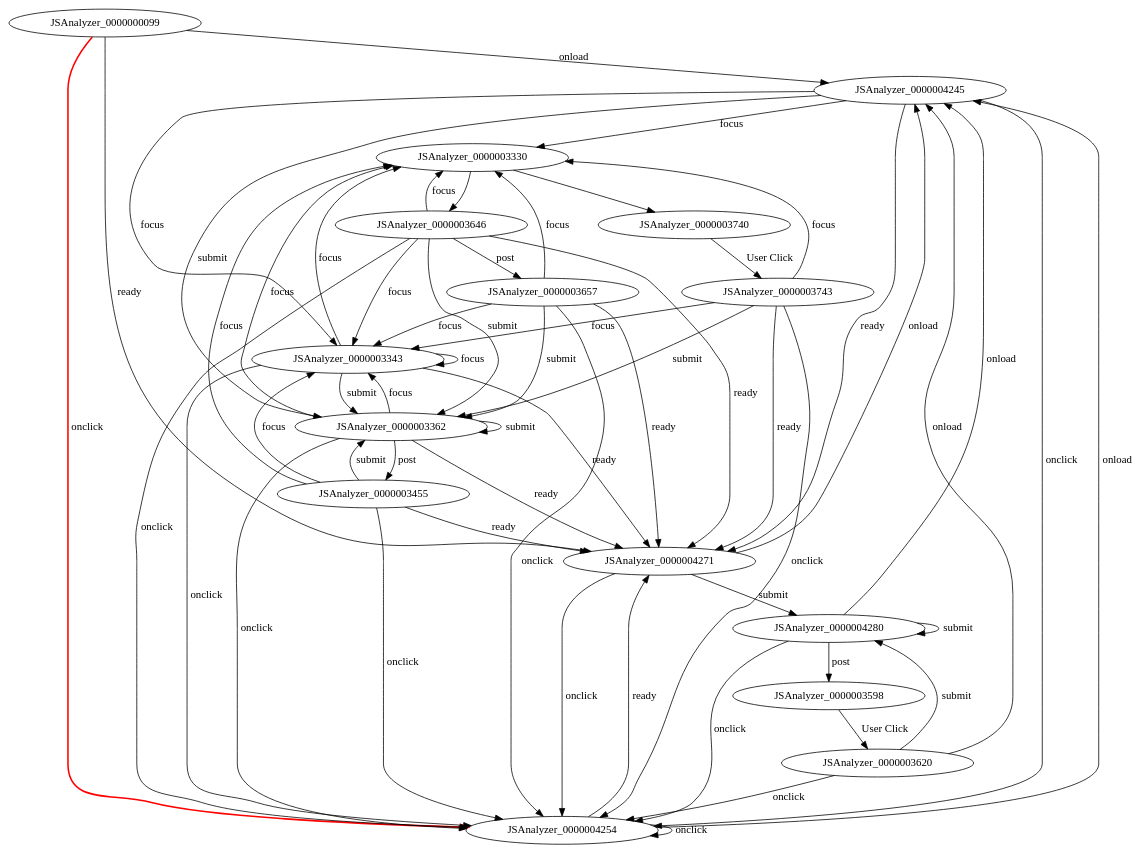
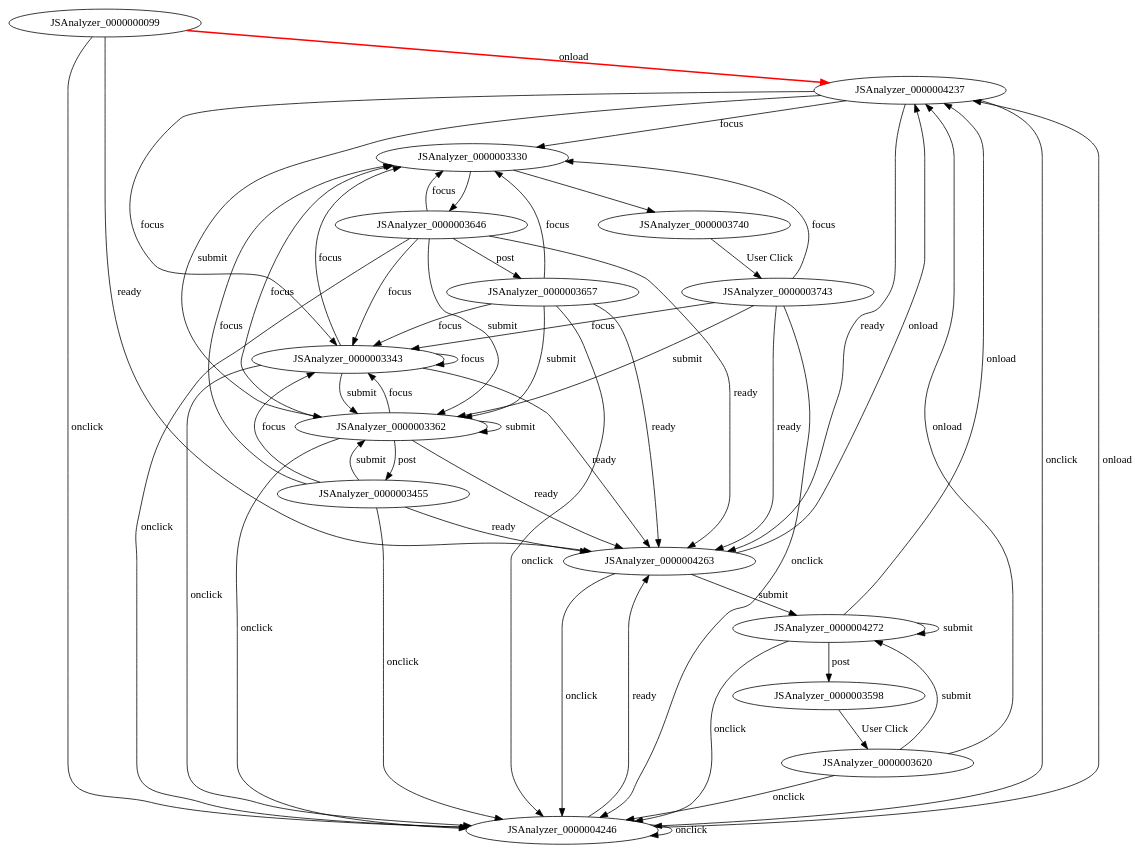
The diagram in projects/project/verify/counterexample/CS2020mError.spec.2.step.1.dot (mzw/JSAnalyzer), drawn with Graphviz before and after one commit. The commit also changed 154 other files, not shown here.

```diff
--- a/projects/project/verify/counterexample/CS2020mError.spec.2.step.1.dot
+++ b/projects/project/verify/counterexample/CS2020mError.spec.2.step.1.dot
@@ -1,74 +1,74 @@
 digraph FSM {
 JSAnalyzer_0000000099;
 JSAnalyzer_0000003330;
 JSAnalyzer_0000003343;
 JSAnalyzer_0000003362;
 JSAnalyzer_0000003455;
 JSAnalyzer_0000003598;
 JSAnalyzer_0000003646;
 JSAnalyzer_0000003657;
 JSAnalyzer_0000003740;
-JSAnalyzer_0000004245;
-JSAnalyzer_0000004254;
-JSAnalyzer_0000004271;
-JSAnalyzer_0000004280;
+JSAnalyzer_0000004237;
+JSAnalyzer_0000004246;
+JSAnalyzer_0000004263;
+JSAnalyzer_0000004272;
 JSAnalyzer_0000003620;
 JSAnalyzer_0000003743;
 JSAnalyzer_0000003330 -> JSAnalyzer_0000003646 []
 JSAnalyzer_0000003330 -> JSAnalyzer_0000003740 []
-JSAnalyzer_0000000099 -> JSAnalyzer_0000004245 [label="onload"]
-JSAnalyzer_0000000099 -> JSAnalyzer_0000004254 [label="onclick",style=bold,color=red]
-JSAnalyzer_0000000099 -> JSAnalyzer_0000004271 [label="ready"]
+JSAnalyzer_0000000099 -> JSAnalyzer_0000004237 [label="onload",style=bold,color=red]
+JSAnalyzer_0000000099 -> JSAnalyzer_0000004246 [label="onclick"]
+JSAnalyzer_0000000099 -> JSAnalyzer_0000004263 [label="ready"]
 JSAnalyzer_0000003343 -> JSAnalyzer_0000003330 [label="focus"]
 JSAnalyzer_0000003343 -> JSAnalyzer_0000003343 [label="focus"]
 JSAnalyzer_0000003343 -> JSAnalyzer_0000003362 [label="submit"]
-JSAnalyzer_0000003343 -> JSAnalyzer_0000004254 [label="onclick"]
-JSAnalyzer_0000003343 -> JSAnalyzer_0000004271 [label="ready"]
+JSAnalyzer_0000003343 -> JSAnalyzer_0000004246 [label="onclick"]
+JSAnalyzer_0000003343 -> JSAnalyzer_0000004263 [label="ready"]
 JSAnalyzer_0000003362 -> JSAnalyzer_0000003455 [label="post"]
 JSAnalyzer_0000003362 -> JSAnalyzer_0000003330 [label="focus"]
 JSAnalyzer_0000003362 -> JSAnalyzer_0000003343 [label="focus"]
 JSAnalyzer_0000003362 -> JSAnalyzer_0000003362 [label="submit"]
-JSAnalyzer_0000003362 -> JSAnalyzer_0000004254 [label="onclick"]
-JSAnalyzer_0000003362 -> JSAnalyzer_0000004271 [label="ready"]
+JSAnalyzer_0000003362 -> JSAnalyzer_0000004246 [label="onclick"]
+JSAnalyzer_0000003362 -> JSAnalyzer_0000004263 [label="ready"]
 JSAnalyzer_0000003455 -> JSAnalyzer_0000003330 [label="focus"]
 JSAnalyzer_0000003455 -> JSAnalyzer_0000003343 [label="focus"]
 JSAnalyzer_0000003455 -> JSAnalyzer_0000003362 [label="submit"]
-JSAnalyzer_0000003455 -> JSAnalyzer_0000004254 [label="onclick"]
-JSAnalyzer_0000003455 -> JSAnalyzer_0000004271 [label="ready"]
+JSAnalyzer_0000003455 -> JSAnalyzer_0000004246 [label="onclick"]
+JSAnalyzer_0000003455 -> JSAnalyzer_0000004263 [label="ready"]
 JSAnalyzer_0000003598 -> JSAnalyzer_0000003620 [label="User Click"]
 JSAnalyzer_0000003646 -> JSAnalyzer_0000003657 [label="post"]
 JSAnalyzer_0000003646 -> JSAnalyzer_0000003330 [label="focus"]
 JSAnalyzer_0000003646 -> JSAnalyzer_0000003343 [label="focus"]
 JSAnalyzer_0000003646 -> JSAnalyzer_0000003362 [label="submit"]
-JSAnalyzer_0000003646 -> JSAnalyzer_0000004254 [label="onclick"]
-JSAnalyzer_0000003646 -> JSAnalyzer_0000004271 [label="ready"]
+JSAnalyzer_0000003646 -> JSAnalyzer_0000004246 [label="onclick"]
+JSAnalyzer_0000003646 -> JSAnalyzer_0000004263 [label="ready"]
 JSAnalyzer_0000003657 -> JSAnalyzer_0000003330 [label="focus"]
 JSAnalyzer_0000003657 -> JSAnalyzer_0000003343 [label="focus"]
 JSAnalyzer_0000003657 -> JSAnalyzer_0000003362 [label="submit"]
-JSAnalyzer_0000003657 -> JSAnalyzer_0000004254 [label="onclick"]
-JSAnalyzer_0000003657 -> JSAnalyzer_0000004271 [label="ready"]
+JSAnalyzer_0000003657 -> JSAnalyzer_0000004246 [label="onclick"]
+JSAnalyzer_0000003657 -> JSAnalyzer_0000004263 [label="ready"]
 JSAnalyzer_0000003740 -> JSAnalyzer_0000003743 [label="User Click"]
-JSAnalyzer_0000004245 -> JSAnalyzer_0000003330 [label="focus"]
-JSAnalyzer_0000004245 -> JSAnalyzer_0000003343 [label="focus"]
-JSAnalyzer_0000004245 -> JSAnalyzer_0000003362 [label="submit"]
-JSAnalyzer_0000004245 -> JSAnalyzer_0000004254 [label="onclick"]
-JSAnalyzer_0000004245 -> JSAnalyzer_0000004271 [label="ready"]
-JSAnalyzer_0000004254 -> JSAnalyzer_0000004245 [label="onload"]
-JSAnalyzer_0000004254 -> JSAnalyzer_0000004254 [label="onclick"]
-JSAnalyzer_0000004254 -> JSAnalyzer_0000004271 [label="ready"]
-JSAnalyzer_0000004271 -> JSAnalyzer_0000004280 [label="submit"]
-JSAnalyzer_0000004271 -> JSAnalyzer_0000004245 [label="onload"]
-JSAnalyzer_0000004271 -> JSAnalyzer_0000004254 [label="onclick"]
-JSAnalyzer_0000004280 -> JSAnalyzer_0000003598 [label="post"]
-JSAnalyzer_0000004280 -> JSAnalyzer_0000004280 [label="submit"]
-JSAnalyzer_0000004280 -> JSAnalyzer_0000004245 [label="onload"]
-JSAnalyzer_0000004280 -> JSAnalyzer_0000004254 [label="onclick"]
-JSAnalyzer_0000003620 -> JSAnalyzer_0000004280 [label="submit"]
-JSAnalyzer_0000003620 -> JSAnalyzer_0000004245 [label="onload"]
-JSAnalyzer_0000003620 -> JSAnalyzer_0000004254 [label="onclick"]
+JSAnalyzer_0000004237 -> JSAnalyzer_0000003330 [label="focus"]
+JSAnalyzer_0000004237 -> JSAnalyzer_0000003343 [label="focus"]
+JSAnalyzer_0000004237 -> JSAnalyzer_0000003362 [label="submit"]
+JSAnalyzer_0000004237 -> JSAnalyzer_0000004246 [label="onclick"]
+JSAnalyzer_0000004237 -> JSAnalyzer_0000004263 [label="ready"]
+JSAnalyzer_0000004246 -> JSAnalyzer_0000004237 [label="onload"]
+JSAnalyzer_0000004246 -> JSAnalyzer_0000004246 [label="onclick"]
+JSAnalyzer_0000004246 -> JSAnalyzer_0000004263 [label="ready"]
+JSAnalyzer_0000004263 -> JSAnalyzer_0000004272 [label="submit"]
+JSAnalyzer_0000004263 -> JSAnalyzer_0000004237 [label="onload"]
+JSAnalyzer_0000004263 -> JSAnalyzer_0000004246 [label="onclick"]
+JSAnalyzer_0000004272 -> JSAnalyzer_0000003598 [label="post"]
+JSAnalyzer_0000004272 -> JSAnalyzer_0000004272 [label="submit"]
+JSAnalyzer_0000004272 -> JSAnalyzer_0000004237 [label="onload"]
+JSAnalyzer_0000004272 -> JSAnalyzer_0000004246 [label="onclick"]
+JSAnalyzer_0000003620 -> JSAnalyzer_0000004272 [label="submit"]
+JSAnalyzer_0000003620 -> JSAnalyzer_0000004237 [label="onload"]
+JSAnalyzer_0000003620 -> JSAnalyzer_0000004246 [label="onclick"]
 JSAnalyzer_0000003743 -> JSAnalyzer_0000003330 [label="focus"]
 JSAnalyzer_0000003743 -> JSAnalyzer_0000003343 [label="focus"]
 JSAnalyzer_0000003743 -> JSAnalyzer_0000003362 [label="submit"]
-JSAnalyzer_0000003743 -> JSAnalyzer_0000004254 [label="onclick"]
-JSAnalyzer_0000003743 -> JSAnalyzer_0000004271 [label="ready"]
+JSAnalyzer_0000003743 -> JSAnalyzer_0000004246 [label="onclick"]
+JSAnalyzer_0000003743 -> JSAnalyzer_0000004263 [label="ready"]
 }
```
